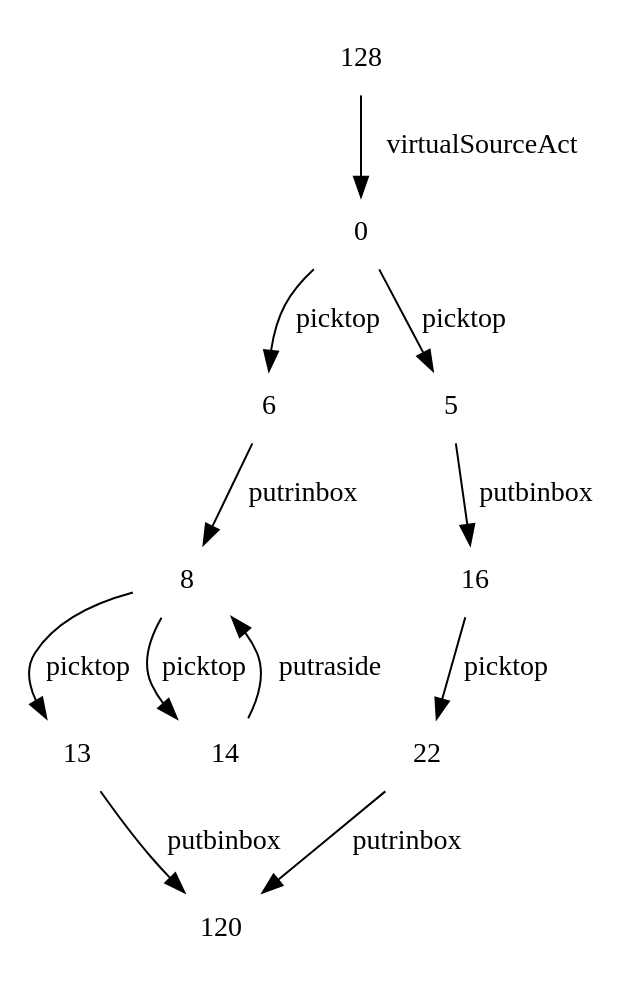
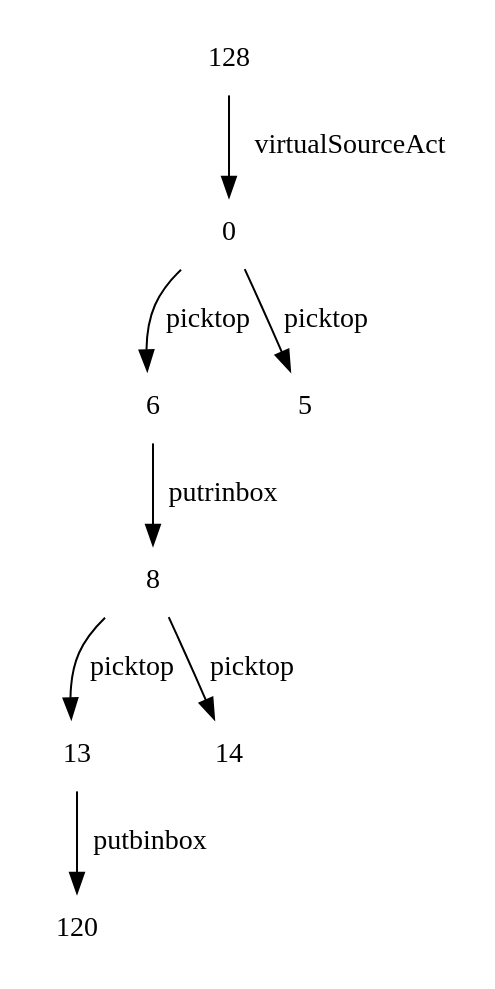
One commit to Tridu33/SAVG changed the diagram in PRP_planner-for-relevant-policies/solutionsByPRP/fond_stripedtower.dot. Above: the diagram before and after it, drawn with Graphviz. The commit also changed 189 other files, not shown here.

```diff
--- a/PRP_planner-for-relevant-policies/solutionsByPRP/fond_stripedtower.dot
+++ b/PRP_planner-for-relevant-policies/solutionsByPRP/fond_stripedtower.dot
@@ -1,23 +1,15 @@
 digraph G {
     node [shape=plaintext]
 13->120[label = "putbinbox"]
 
-22->120[label = "putrinbox"]
-
 8->13[label = "picktop"]
 8->14[label = "picktop"]
 
-16->22[label = "picktop"]
-
 6->8[label = "putrinbox"]
-
-14->8[label = "putraside"]
-
-5->16[label = "putbinbox"]
 
 0->6[label = "picktop"]
 0->5[label = "picktop"]
 
 128->0[label = "virtualSourceAct"]
 
 }
```
